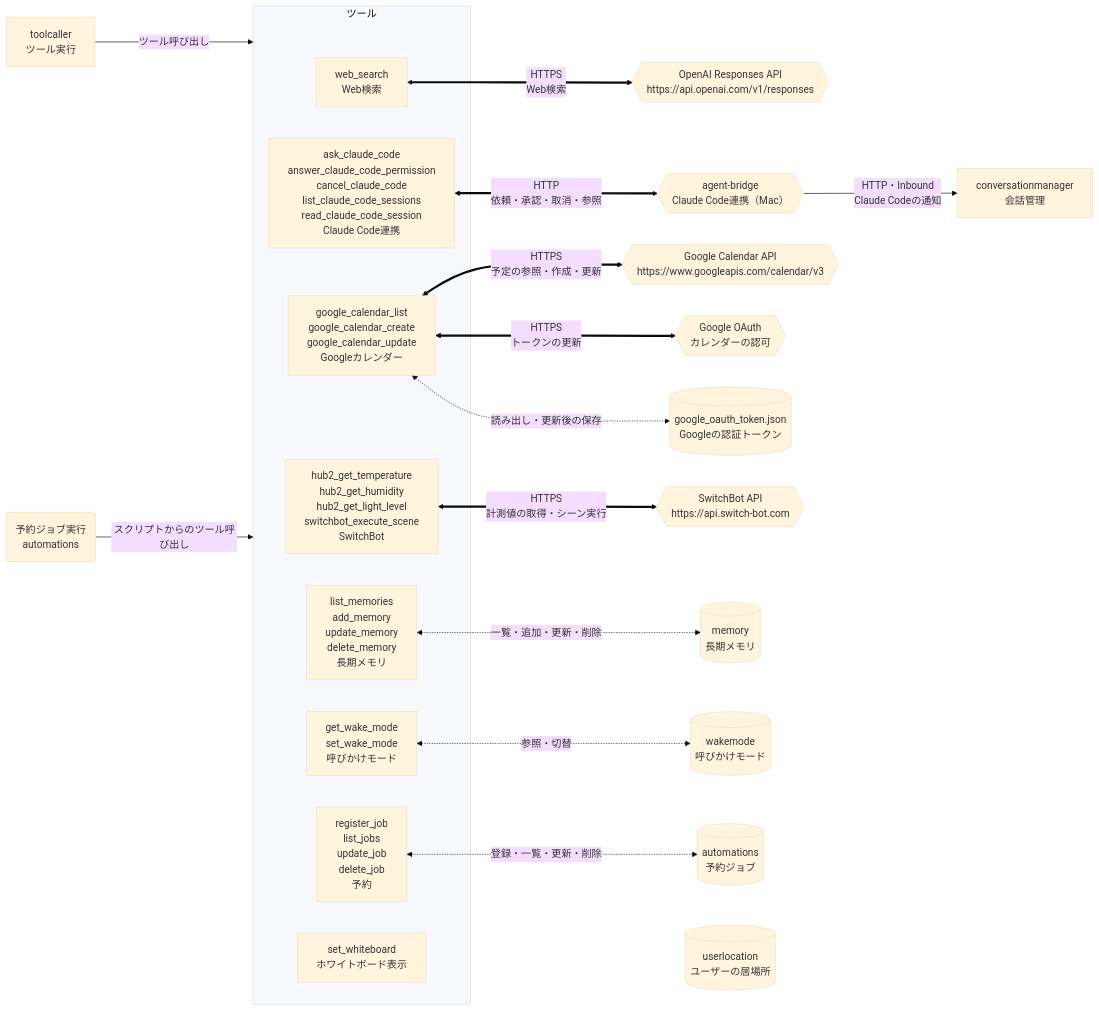
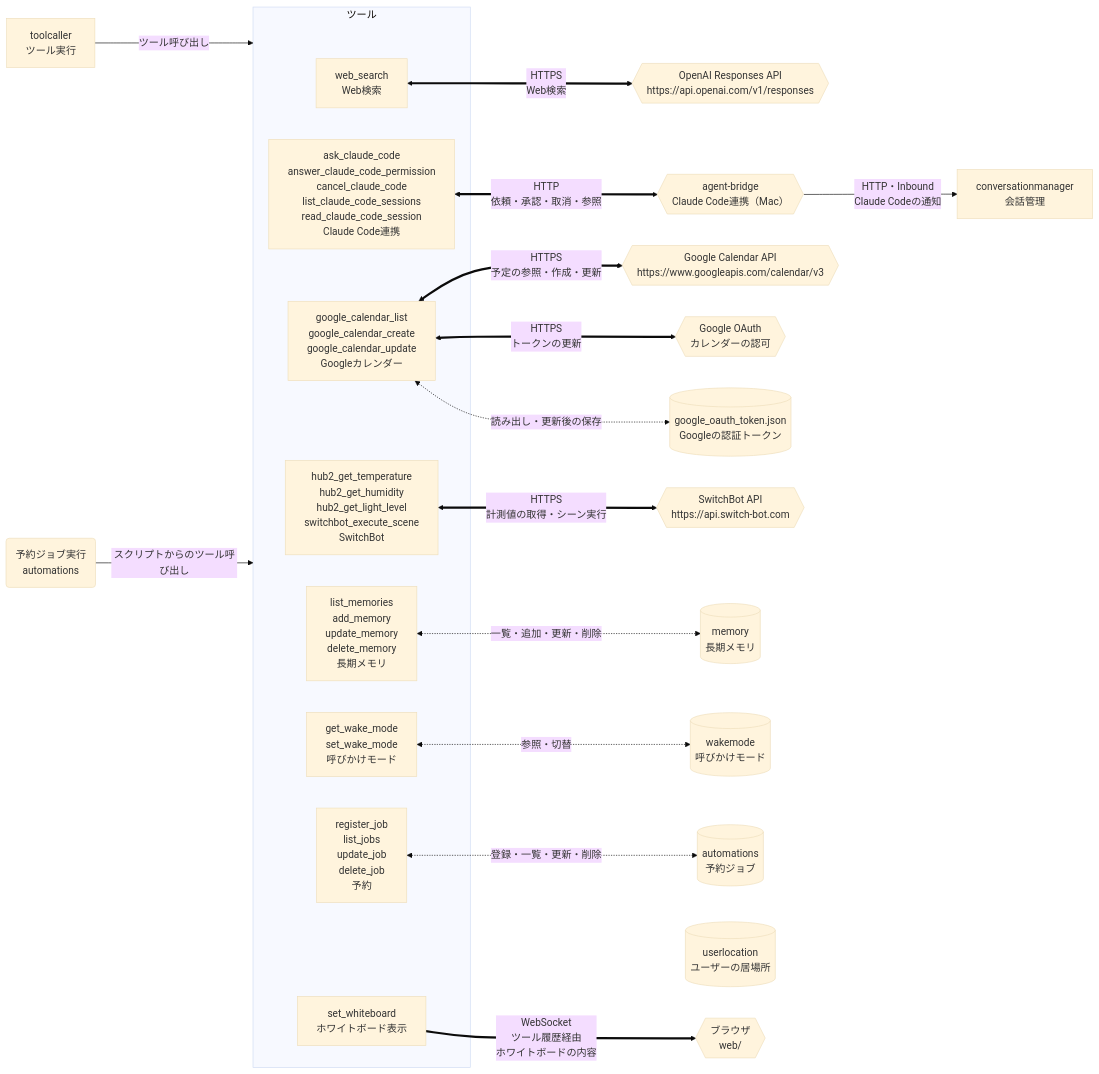
One commit to tetetratra/smart-speaker changed the third of 3 diagrams in README.md. Above: the diagram before and after it, drawn with Mermaid (base theme). The commit also changed other lines of this file, not shown here.

Commit message:
会話とツールの図にブラウザを加え、ツール履歴とホワイトボードの経路を示す

````diff
--- a/README.md
+++ b/README.md
@@ -158,45 +160,47 @@
 ```mermaid
 flowchart LR
     tool["toolcaller<br/>ツール実行"]
     scheduler("予約ジョブ実行<br/>automations")
     manager["conversationmanager<br/>会話管理"]
 
     subgraph toolset["ツール"]
         webSearchTool["web_search<br/>Web検索"]
         claudeCodeTool["ask_claude_code<br/>answer_claude_code_permission<br/>cancel_claude_code<br/>list_claude_code_sessions<br/>read_claude_code_session<br/>Claude Code連携"]
         calendarTool["google_calendar_list<br/>google_calendar_create<br/>google_calendar_update<br/>Googleカレンダー"]
         switchBotTool["hub2_get_temperature<br/>hub2_get_humidity<br/>hub2_get_light_level<br/>switchbot_execute_scene<br/>SwitchBot"]
         memoryTool["list_memories<br/>add_memory<br/>update_memory<br/>delete_memory<br/>長期メモリ"]
         wakeModeTool["get_wake_mode<br/>set_wake_mode<br/>呼びかけモード"]
         automationTool["register_job<br/>list_jobs<br/>update_job<br/>delete_job<br/>予約"]
         whiteboardTool["set_whiteboard<br/>ホワイトボード表示"]
     end
 
 
     openaiResponses{{"OpenAI Responses API<br/>https://api.openai.com/v1/responses"}}
     agentBridge{{"agent-bridge<br/>Claude Code連携（Mac）"}}
     googleCalendar{{"Google Calendar API<br/>https://www.googleapis.com/calendar/v3"}}
     googleOAuth{{"Google OAuth<br/>カレンダーの認可"}}
     googleTokenStore[("google_oauth_token.json<br/>Googleの認証トークン")]
     switchBot{{"SwitchBot API<br/>https://api.switch-bot.com"}}
     memoryStore[("memory<br/>長期メモリ")]
     wakeModeStore[("wakemode<br/>呼びかけモード")]
     automationStore[("automations<br/>予約ジョブ")]
     locationStore[("userlocation<br/>ユーザーの居場所")]
+    browser{{"ブラウザ<br/>web/"}}
 
     tool -->|"ツール呼び出し"| toolset
     scheduler -->|"スクリプトからのツール呼び出し"| toolset
 
     webSearchTool <==>|"HTTPS<br/>Web検索"| openaiResponses
     claudeCodeTool <==>|"HTTP<br/>依頼・承認・取消・参照"| agentBridge
     agentBridge -->|"HTTP・Inbound<br/>Claude Codeの通知"| manager
     calendarTool <==>|"HTTPS<br/>予定の参照・作成・更新"| googleCalendar
     calendarTool <-.->|"読み出し・更新後の保存"| googleTokenStore
     calendarTool <==>|"HTTPS<br/>トークンの更新"| googleOAuth
     switchBotTool <==>|"HTTPS<br/>計測値の取得・シーン実行"| switchBot
     memoryTool <-.->|"一覧・追加・更新・削除"| memoryStore
     wakeModeTool <-.->|"参照・切替"| wakeModeStore
     automationTool <-.->|"登録・一覧・更新・削除"| automationStore
     %% 居場所はツールにする予定で、まだどこからも使われていない。位置だけをそろえる見えない線。
     whiteboardTool ~~~ locationStore
+    whiteboardTool ==>|"WebSocket<br/>ツール履歴経由<br/>ホワイトボードの内容"| browser
 ```
````
